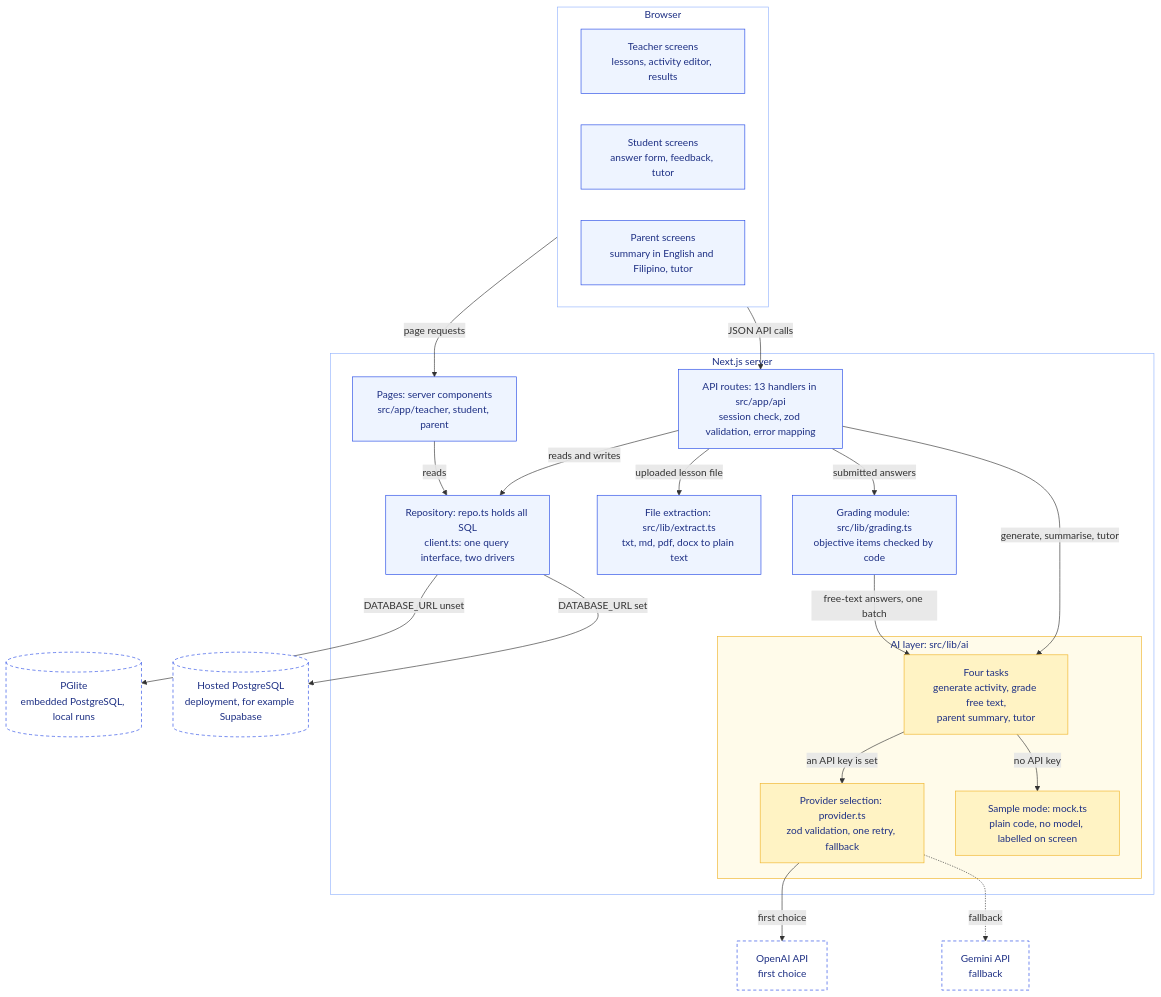
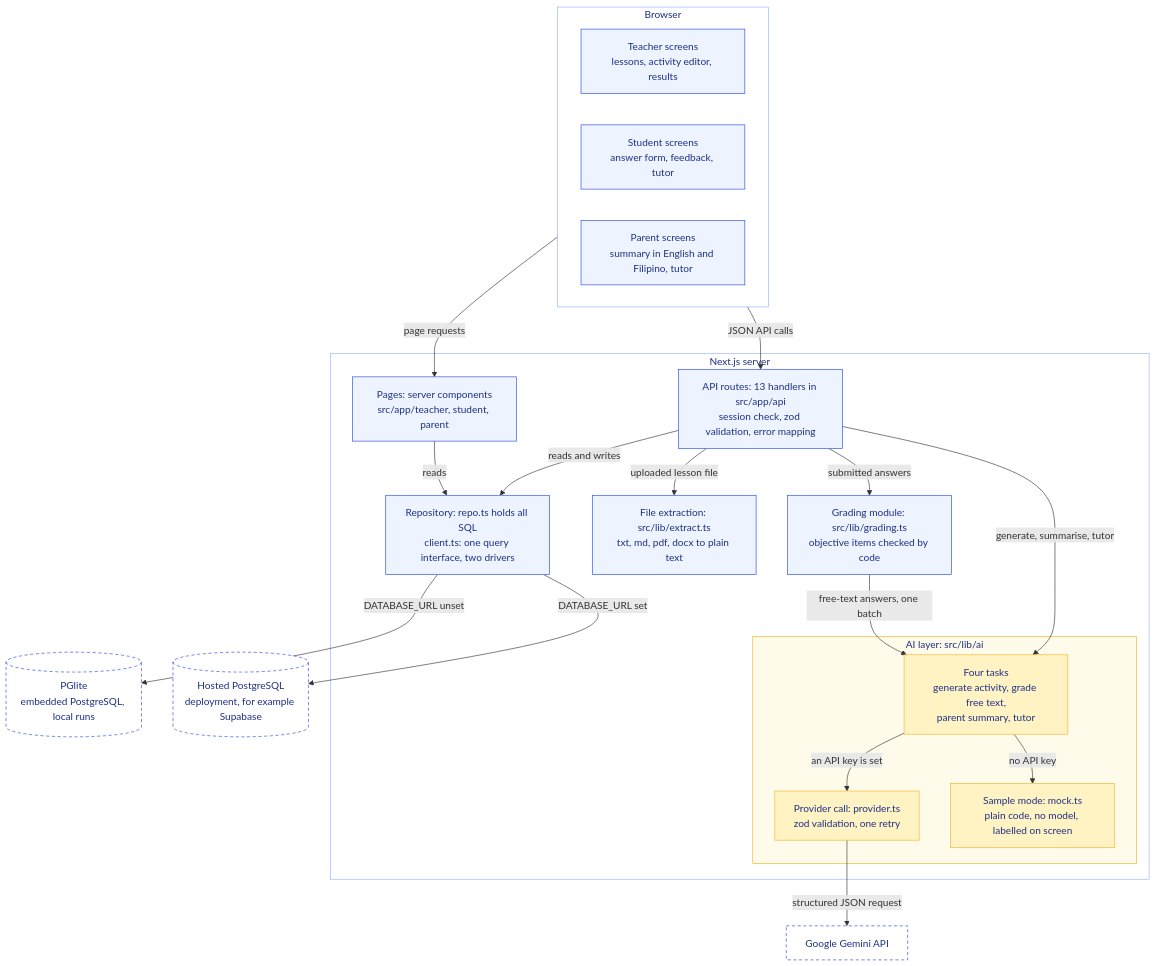
Before and after one commit to Vade-30/aralloop: the first of 3 diagrams in docs/ARCHITECTURE.md, drawn with Mermaid. The commit also changed other lines of this file and 24 other files, not shown here.

````diff
--- a/docs/ARCHITECTURE.md
+++ b/docs/ARCHITECTURE.md
@@ -16,51 +16,49 @@
 ```mermaid
 flowchart TB
   subgraph browser["Browser"]
     teacher["Teacher screens<br/>lessons, activity editor, results"]
     student["Student screens<br/>answer form, feedback, tutor"]
     parent["Parent screens<br/>summary in English and Filipino, tutor"]
   end
 
   subgraph server["Next.js server"]
     pages["Pages: server components<br/>src/app/teacher, student, parent"]
     api["API routes: 13 handlers in src/app/api<br/>session check, zod validation, error mapping"]
     extract["File extraction: src/lib/extract.ts<br/>txt, md, pdf, docx to plain text"]
     grading["Grading module: src/lib/grading.ts<br/>objective items checked by code"]
     subgraph ai["AI layer: src/lib/ai"]
       tasks["Four tasks<br/>generate activity, grade free text,<br/>parent summary, tutor"]
-      provider["Provider selection: provider.ts<br/>zod validation, one retry, fallback"]
+      provider["Provider call: provider.ts<br/>zod validation, one retry"]
       mock["Sample mode: mock.ts<br/>plain code, no model, labelled on screen"]
     end
     repo["Repository: repo.ts holds all SQL<br/>client.ts: one query interface, two drivers"]
   end
 
   pglite[("PGlite<br/>embedded PostgreSQL, local runs")]
   hosted[("Hosted PostgreSQL<br/>deployment, for example Supabase")]
-  openai["OpenAI API<br/>first choice"]
-  gemini["Gemini API<br/>fallback"]
+  gemini["Google Gemini API"]
 
   browser -->|"page requests"| pages
   browser -->|"JSON API calls"| api
   pages -->|"reads"| repo
   api -->|"reads and writes"| repo
   api -->|"uploaded lesson file"| extract
   api -->|"submitted answers"| grading
   api -->|"generate, summarise, tutor"| tasks
   grading -->|"free-text answers, one batch"| tasks
   tasks -->|"an API key is set"| provider
   tasks -->|"no API key"| mock
-  provider -->|"first choice"| openai
-  provider -.->|"fallback"| gemini
+  provider -->|"structured JSON request"| gemini
   repo -->|"DATABASE_URL unset"| pglite
   repo -->|"DATABASE_URL set"| hosted
 
   classDef app fill:#eef4ff,stroke:#2549e6,color:#1e3084
   classDef aibox fill:#fff3c4,stroke:#f0b429,color:#1e3084
   classDef ext fill:#ffffff,stroke:#2549e6,color:#1e3084,stroke-dasharray: 5 4
   class teacher,student,parent,pages,api,extract,grading,repo app
   class tasks,provider,mock aibox
-  class openai,gemini,pglite,hosted ext
+  class gemini,pglite,hosted ext
   style ai fill:#fffbea,stroke:#f0b429,color:#1e3084
   style browser fill:#ffffff,stroke:#93b4fd,color:#1e3084
   style server fill:#ffffff,stroke:#93b4fd,color:#1e3084
 ```
````
